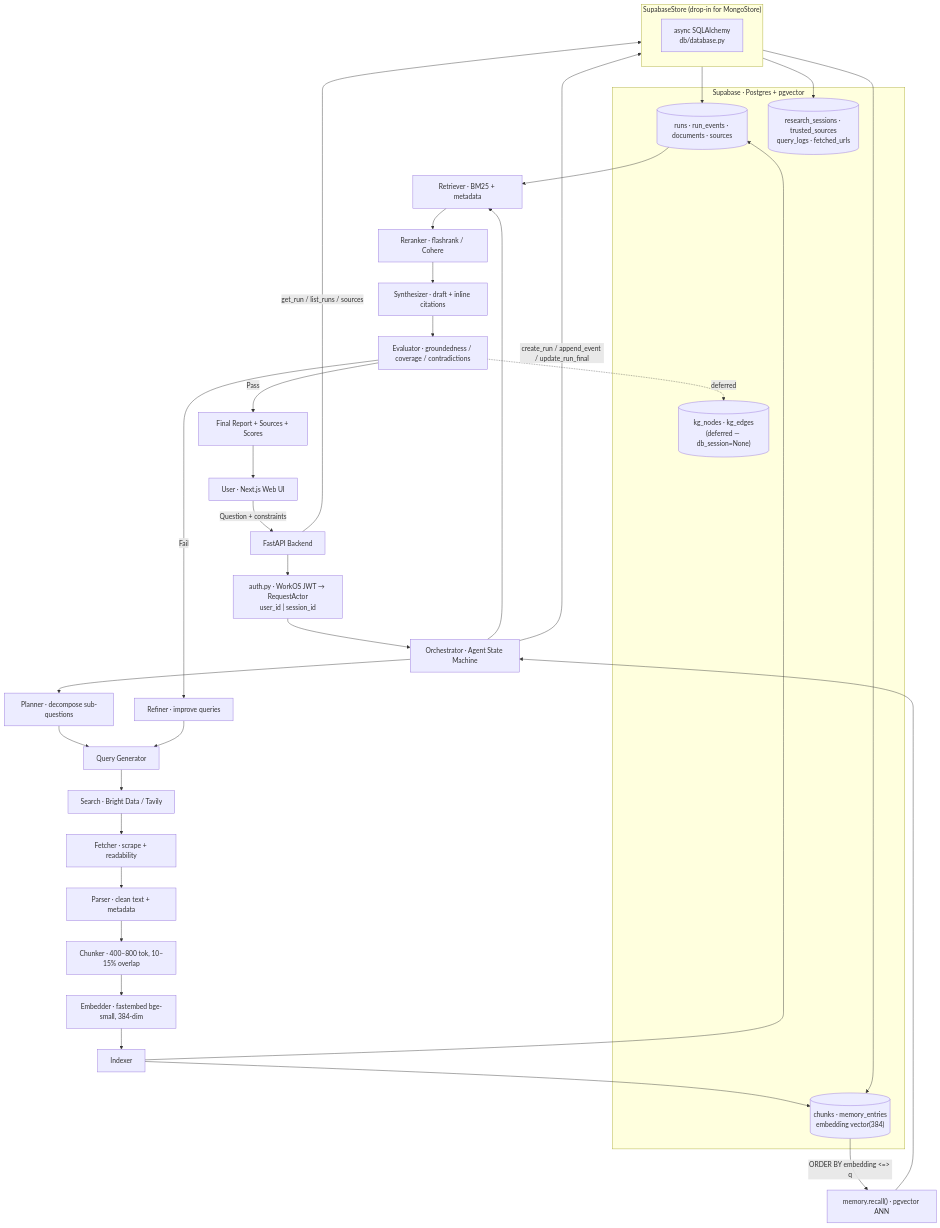
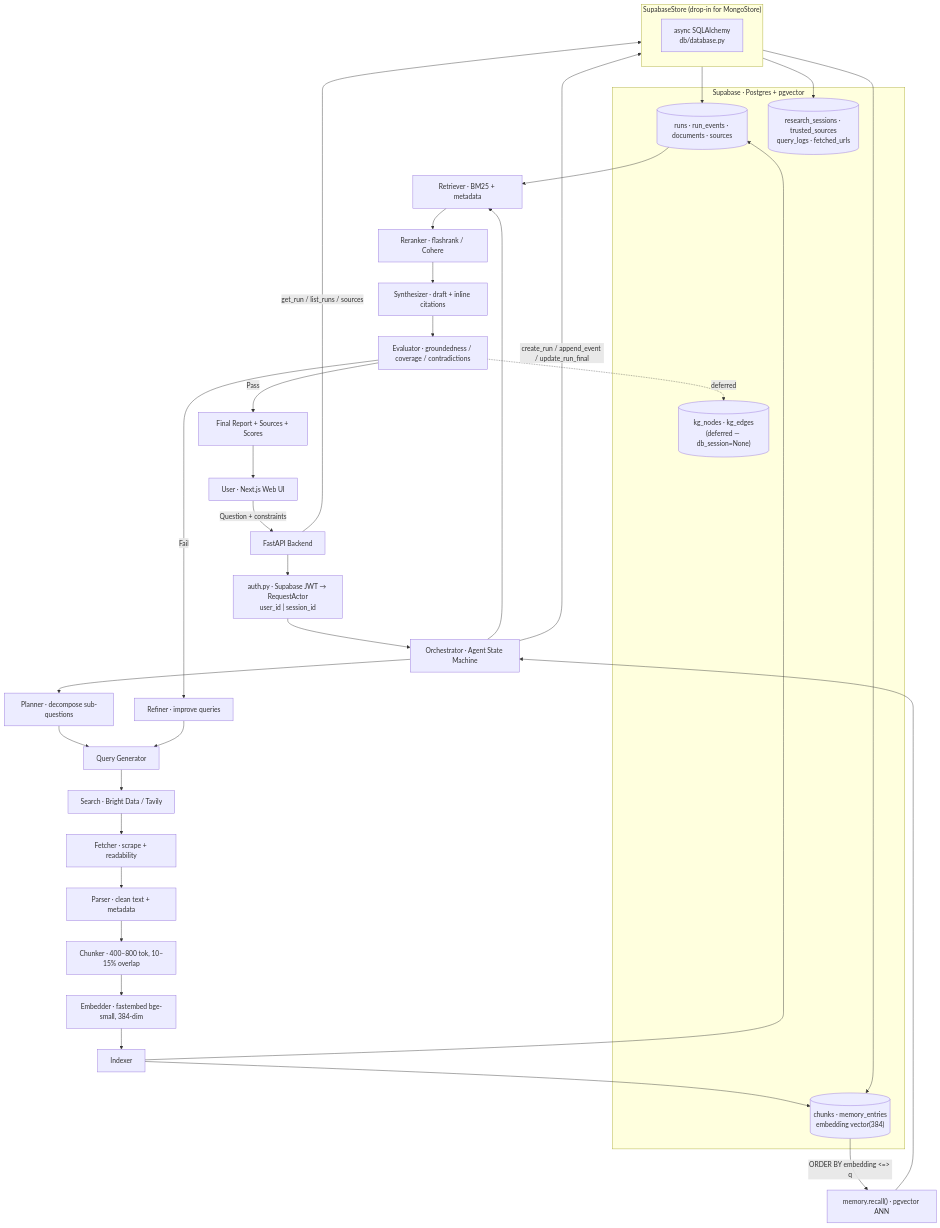
One commit to pinakkk/Nexera changed the diagram in V2 architecture.md. Above: the diagram before and after it, drawn with Mermaid. The commit also changed other lines of this file and 15 other files, not shown here.

````diff
--- a/V2 architecture.md
+++ b/V2 architecture.md
@@ -376,49 +376,49 @@
 ```mermaid
 flowchart TD
     U["User · Next.js Web UI"] -->|Question + constraints| API["FastAPI Backend"]
-    API --> AUTH["auth.py · WorkOS JWT → RequestActor<br/>user_id | session_id"]
+    API --> AUTH["auth.py · Supabase JWT → RequestActor<br/>user_id | session_id"]
     AUTH --> ORCH["Orchestrator · Agent State Machine"]
 
     ORCH --> PLAN["Planner · decompose sub-questions"]
     PLAN --> QGEN["Query Generator"]
     QGEN --> SEARCH["Search · Bright Data / Tavily"]
     SEARCH --> FETCH["Fetcher · scrape + readability"]
     FETCH --> PARSE["Parser · clean text + metadata"]
     PARSE --> CHUNK["Chunker · 400–800 tok, 10–15% overlap"]
     CHUNK --> EMB["Embedder · fastembed bge-small, 384-dim"]
     EMB --> IDX["Indexer"]
 
     ORCH --> RET["Retriever · BM25 + metadata"]
     RET --> RERANK["Reranker · flashrank / Cohere"]
     RERANK --> WRITE["Synthesizer · draft + inline citations"]
     WRITE --> EVAL["Evaluator · groundedness / coverage / contradictions"]
 
     EVAL -->|Pass| OUT["Final Report + Sources + Scores"]
     EVAL -->|Fail| REFINE["Refiner · improve queries"]
     REFINE --> QGEN
     OUT --> U
 
     subgraph STORE["SupabaseStore (drop-in for MongoStore)"]
         direction LR
         SS["async SQLAlchemy<br/>db/database.py"]
     end
     ORCH -->|create_run / append_event / update_run_final| STORE
     API  -->|get_run / list_runs / sources| STORE
 
     subgraph SB["Supabase · Postgres + pgvector"]
         DB[("runs · run_events · documents · sources")]
         VEC[("chunks · memory_entries<br/>embedding vector(384)")]
         KG[("kg_nodes · kg_edges<br/>(deferred — db_session=None)")]
         SES[("research_sessions · trusted_sources<br/>query_logs · fetched_urls")]
     end
 
     STORE --> DB
     STORE --> VEC
     STORE --> SES
     IDX --> DB
     IDX --> VEC
     DB --> RET
     VEC -->|"ORDER BY embedding <=> q"| MEM["memory.recall() · pgvector ANN"]
     MEM --> ORCH
     EVAL -. deferred .-> KG
 ```
````
